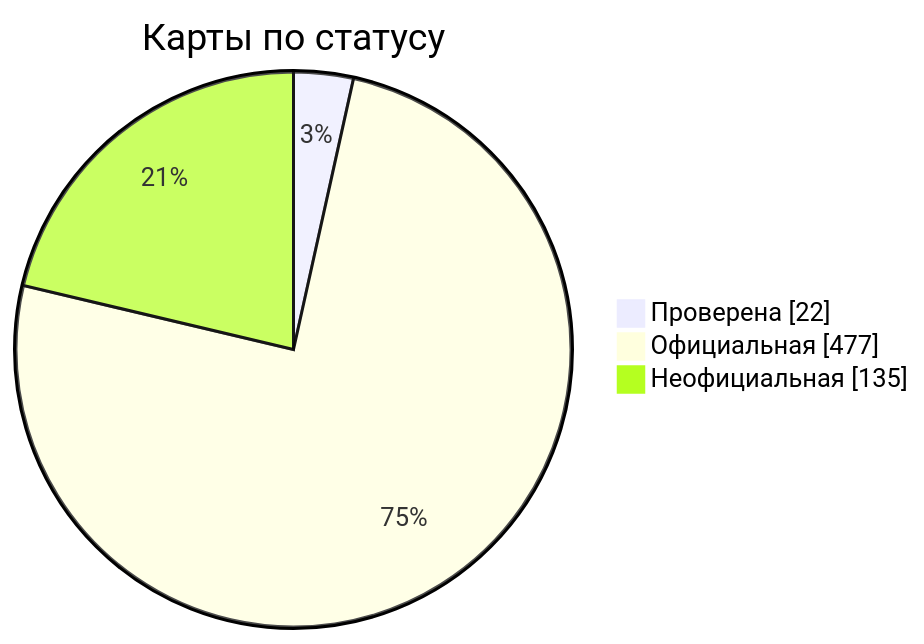
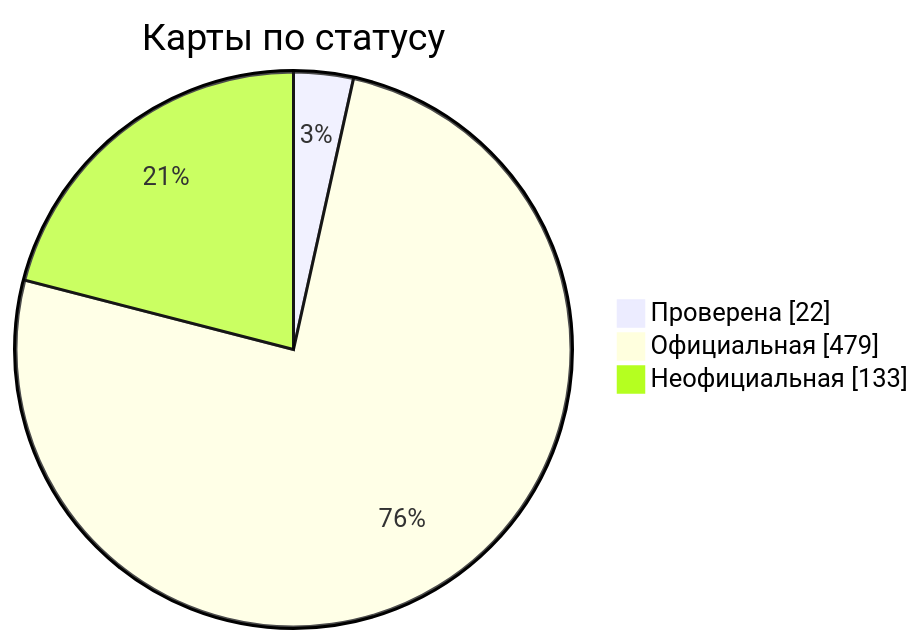
One commit to nobrega8/mbmap-library changed the diagram in docs/readme/README_RU.md. Above: the diagram before and after it, drawn with Mermaid. The commit also changed 7 other files, not shown here.

````diff
--- a/docs/readme/README_RU.md
+++ b/docs/readme/README_RU.md
@@ -54,7 +54,7 @@
 ```mermaid
 pie showData
     title Карты по статусу
     "Проверена" : 22
-    "Официальная" : 477
-    "Неофициальная" : 135
+    "Официальная" : 479
+    "Неофициальная" : 133
 ```
````
